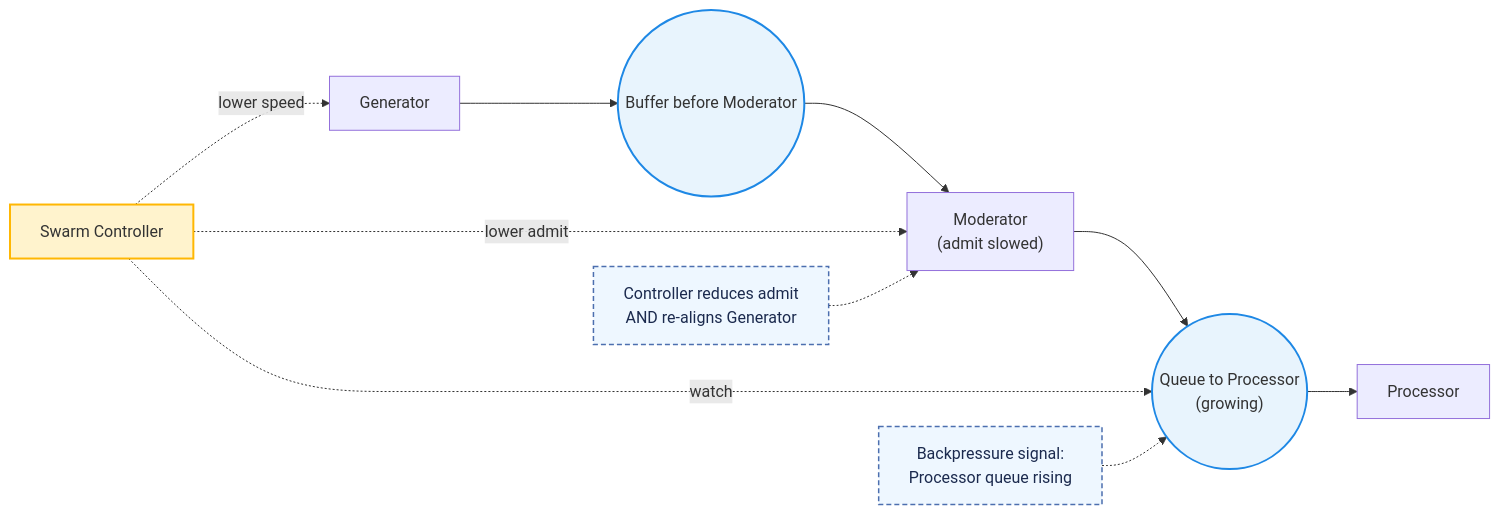
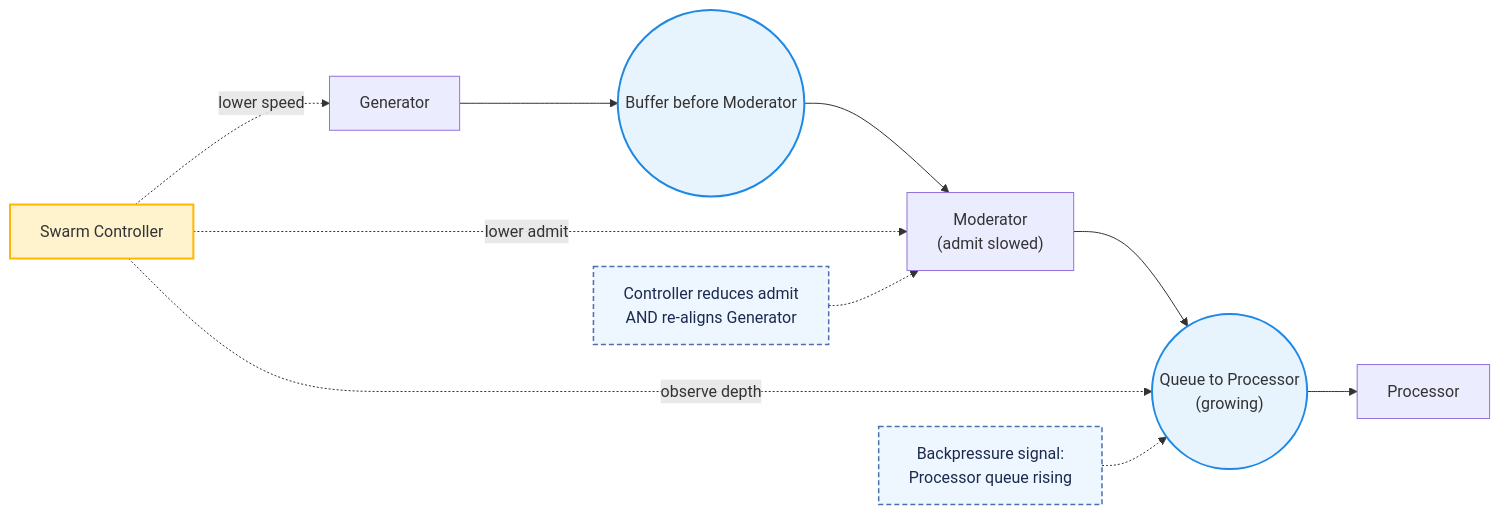
Before and after one commit to sepa79/PocketHive: the fourth of 4 diagrams in docs/architecture/traffic-shaping.md, drawn with Mermaid. The commit also changed other lines of this file and 210 other files, not shown here.

````diff
--- a/docs/architecture/traffic-shaping.md
+++ b/docs/architecture/traffic-shaping.md
@@ -114,22 +114,22 @@
 ```mermaid
 flowchart LR
   G["Generator"] --> Q1(("Buffer before Moderator")) --> M["Moderator<br/>(admit slowed)"] --> Q2(("Queue to Processor<br/>(growing)")) --> P["Processor"]
   C["Swarm Controller"]
-  C -. "watch" .-> Q2
+  C -. "observe depth" .-> Q2
   C -. "lower admit" .-> M
   C -. "lower speed" .-> G
 
   %% Comments (styled)
   N1["Backpressure signal:<br/>Processor queue rising"] -.-> Q2
   N2["Controller reduces admit<br/>AND re-aligns Generator"] -.-> M
 
   %% Styling
   classDef queue   fill:#e8f4fd,stroke:#1e88e5,stroke-width:2px;
   classDef ctrl    fill:#fff3cd,stroke:#ffb703,stroke-width:2px;
   classDef comment fill:#eef7ff,stroke:#4c6faf,stroke-width:1.5px,stroke-dasharray:5 3,color:#1b2a4e;
 
   class Q1,Q2 queue;
   class C ctrl;
   class N1,N2 comment;
 
 ```
````
